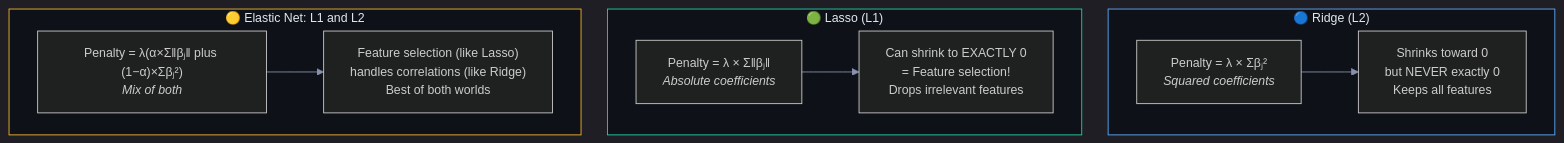
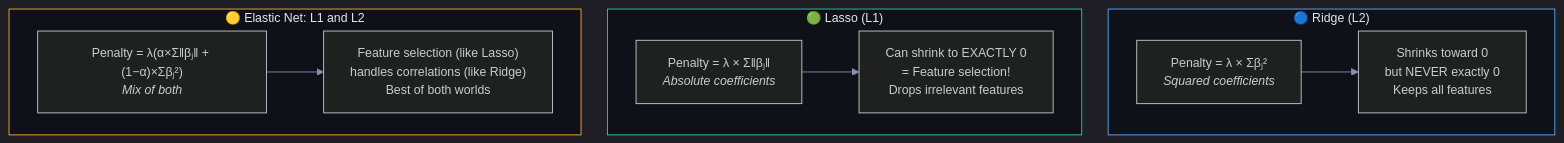
Before and after one commit to snehith1234/StudyCircle: the fifth of 10 diagrams in Documents/Visual_Guides/ML_Concepts/Bias_Variance_Regularization_Visual.md, drawn with Mermaid. The commit also changed other lines of this file and 10 other files, not shown here.

First line of the commit message:
Fix Mermaid formatting and add RNN/LSTM guides

````diff
--- a/Documents/Visual_Guides/ML_Concepts/Bias_Variance_Regularization_Visual.md
+++ b/Documents/Visual_Guides/ML_Concepts/Bias_Variance_Regularization_Visual.md
@@ -163,22 +163,22 @@
 ```mermaid
 %%{init: {'theme': 'dark', 'themeVariables': {'darkMode': true, 'background': '#0e1117', 'primaryColor': '#1a1d2e', 'primaryTextColor': '#e2e8f0', 'primaryBorderColor': '#2d3148', 'lineColor': '#8892b0', 'secondaryColor': '#252840', 'tertiaryColor': '#1a1d2e', 'fontSize': '14px', 'edgeLabelBackground': '#0e1117'}, 'flowchart': {'nodeSpacing': 30, 'rankSpacing': 40, 'padding': 15, 'htmlLabels': true}}}%%
 graph TD
     subgraph RIDGE["🔵 Ridge (L2)"]
         R["Penalty = λ × Σβⱼ²<br/><i>Squared coefficients</i>"]
         R --> RB["Shrinks toward 0<br/>but NEVER exactly 0<br/>Keeps all features"]
     end
 
     subgraph LASSO["🟢 Lasso (L1)"]
         L["Penalty = λ × Σ‖βⱼ‖<br/><i>Absolute coefficients</i>"]
         L --> LB["Can shrink to EXACTLY 0<br/>= Feature selection!<br/>Drops irrelevant features"]
     end
 
     subgraph ELASTIC["🟡 Elastic Net: L1 and L2"]
-        E["Penalty = λ(α×Σ‖βⱼ‖ plus (1−α)×Σβⱼ²)<br/><i>Mix of both</i>"]
+        E["Penalty = λ(α×Σ‖βⱼ‖ + (1−α)×Σβⱼ²)<br/><i>Mix of both</i>"]
         E --> EB["Feature selection (like Lasso)<br/>handles correlations (like Ridge)<br/>Best of both worlds"]
     end
 
     style RIDGE fill:#0e1117,stroke:#5eaeff,color:#e2e8f0
     style LASSO fill:#0e1117,stroke:#22d3a7,color:#e2e8f0
     style ELASTIC fill:#0e1117,stroke:#f5b731,color:#e2e8f0
 ```
````
